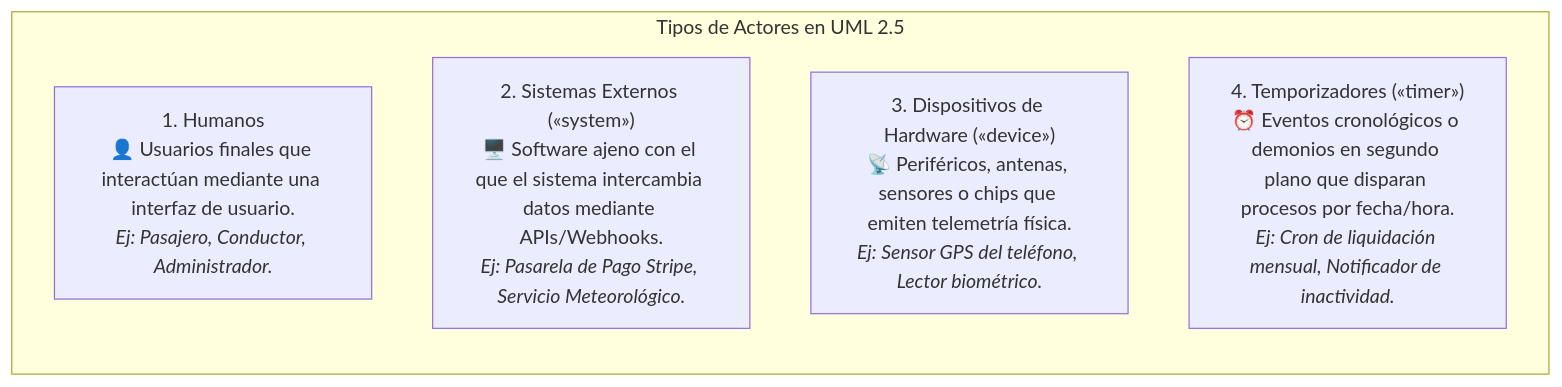
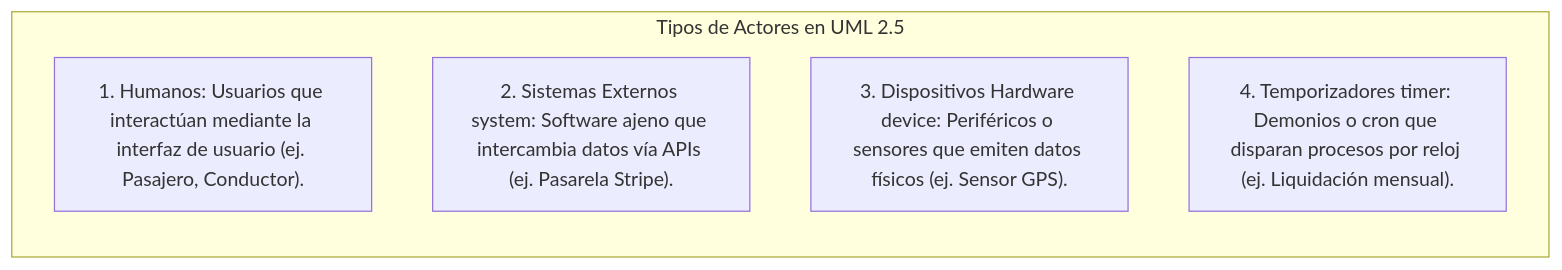
Before and after one commit to ByronMoreno/dise-o-arquitectura: the second of 7 diagrams in Clase 2/Clase 2.2 - Diagramas de Casos de Uso I - Fundamentos y App de Transporte.md, drawn with Mermaid. The commit also changed other lines of this file and 5 other files, not shown here.

Commit message:
rectificado el uml semana 2

````diff
--- a/Clase 2/Clase 2.2 - Diagramas de Casos de Uso I - Fundamentos y App de Transporte.md
+++ b/Clase 2/Clase 2.2 - Diagramas de Casos de Uso I - Fundamentos y App de Transporte.md
@@ -45,10 +45,10 @@
 ```mermaid
 flowchart TD
   subgraph ActoresUML ["Tipos de Actores en UML 2.5"]
     direction TB
-    A1["1. Humanos<br/>👤 Usuarios finales que interactúan mediante una interfaz de usuario.<br/><i>Ej: Pasajero, Conductor, Administrador.</i>"]
-    A2["2. Sistemas Externos (&laquo;system&raquo;)<br/>🖥️ Software ajeno con el que el sistema intercambia datos mediante APIs/Webhooks.<br/><i>Ej: Pasarela de Pago Stripe, Servicio Meteorológico.</i>"]
-    A3["3. Dispositivos de Hardware (&laquo;device&raquo;)<br/>📡 Periféricos, antenas, sensores o chips que emiten telemetría física.<br/><i>Ej: Sensor GPS del teléfono, Lector biométrico.</i>"]
-    A4["4. Temporizadores (&laquo;timer&raquo;)<br/>⏰ Eventos cronológicos o demonios en segundo plano que disparan procesos por fecha/hora.<br/><i>Ej: Cron de liquidación mensual, Notificador de inactividad.</i>"]
+    A1["1. Humanos: Usuarios que interactúan mediante la interfaz de usuario (ej. Pasajero, Conductor)."]
+    A2["2. Sistemas Externos system: Software ajeno que intercambia datos vía APIs (ej. Pasarela Stripe)."]
+    A3["3. Dispositivos Hardware device: Periféricos o sensores que emiten datos físicos (ej. Sensor GPS)."]
+    A4["4. Temporizadores timer: Demonios o cron que disparan procesos por reloj (ej. Liquidación mensual)."]
   end
 ```
````
